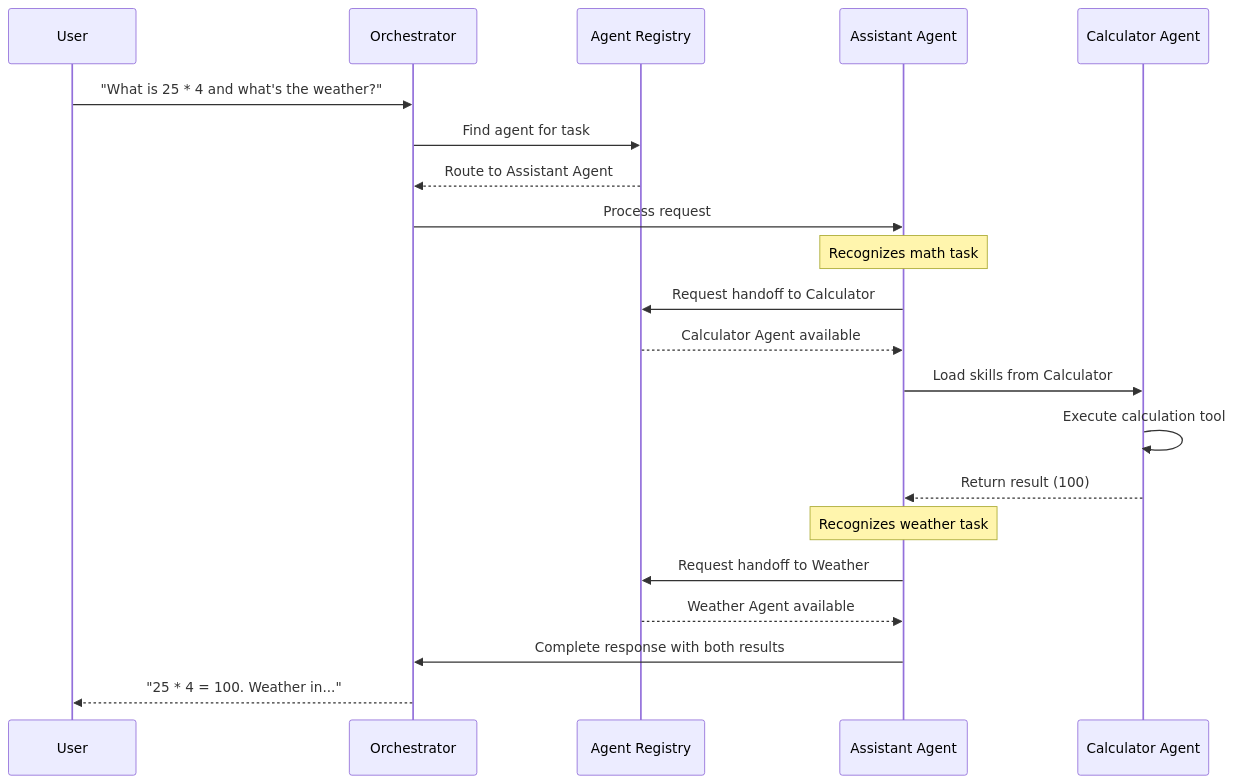
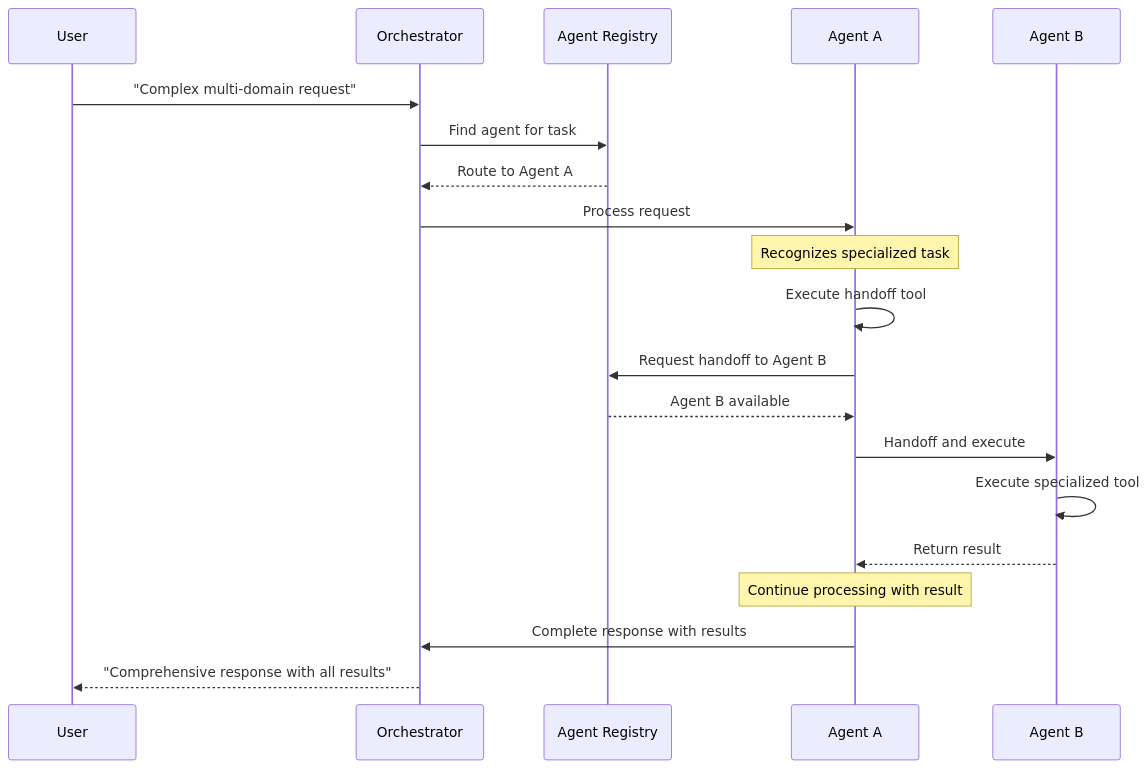
Before and after one commit to mkuchak/ai-agents: the second of 5 diagrams in packages/ai-agents/README.md, drawn with Mermaid. The commit also changed other lines of this file, not shown here.

First line of the commit message:
docs(ai-agents): update agent names and enhance documentation

````diff
--- a/packages/ai-agents/README.md
+++ b/packages/ai-agents/README.md
@@ -44,26 +44,25 @@
 ```mermaid
 sequenceDiagram
     participant U as User
     participant O as Orchestrator
     participant R as Agent Registry
-    participant A1 as Assistant Agent
-    participant A2 as Calculator Agent
+    participant A1 as Agent A
+    participant A2 as Agent B
     
-    U->>O: "What is 25 * 4 and what's the weather?"
+    U->>O: "Complex multi-domain request"
     O->>R: Find agent for task
-    R-->>O: Route to Assistant Agent
+    R-->>O: Route to Agent A
     O->>A1: Process request
     
-    Note over A1: Recognizes math task
-    A1->>R: Request handoff to Calculator
-    R-->>A1: Calculator Agent available
-    A1->>A2: Load skills from Calculator
-    A2->>A2: Execute calculation tool
-    A2-->>A1: Return result (100)
+    Note over A1: Recognizes specialized task
+    A1->>A1: Execute handoff tool
+    A1->>R: Request handoff to Agent B
+    R-->>A1: Agent B available
+    A1->>A2: Handoff and execute
+    A2->>A2: Execute specialized tool
+    A2-->>A1: Return result
     
-    Note over A1: Recognizes weather task  
-    A1->>R: Request handoff to Weather
-    R-->>A1: Weather Agent available
-    A1->>O: Complete response with both results
-    O-->>U: "25 * 4 = 100. Weather in..."
+    Note over A1: Continue processing with result
+    A1->>O: Complete response with results
+    O-->>U: "Comprehensive response with all results"
 ```
````
